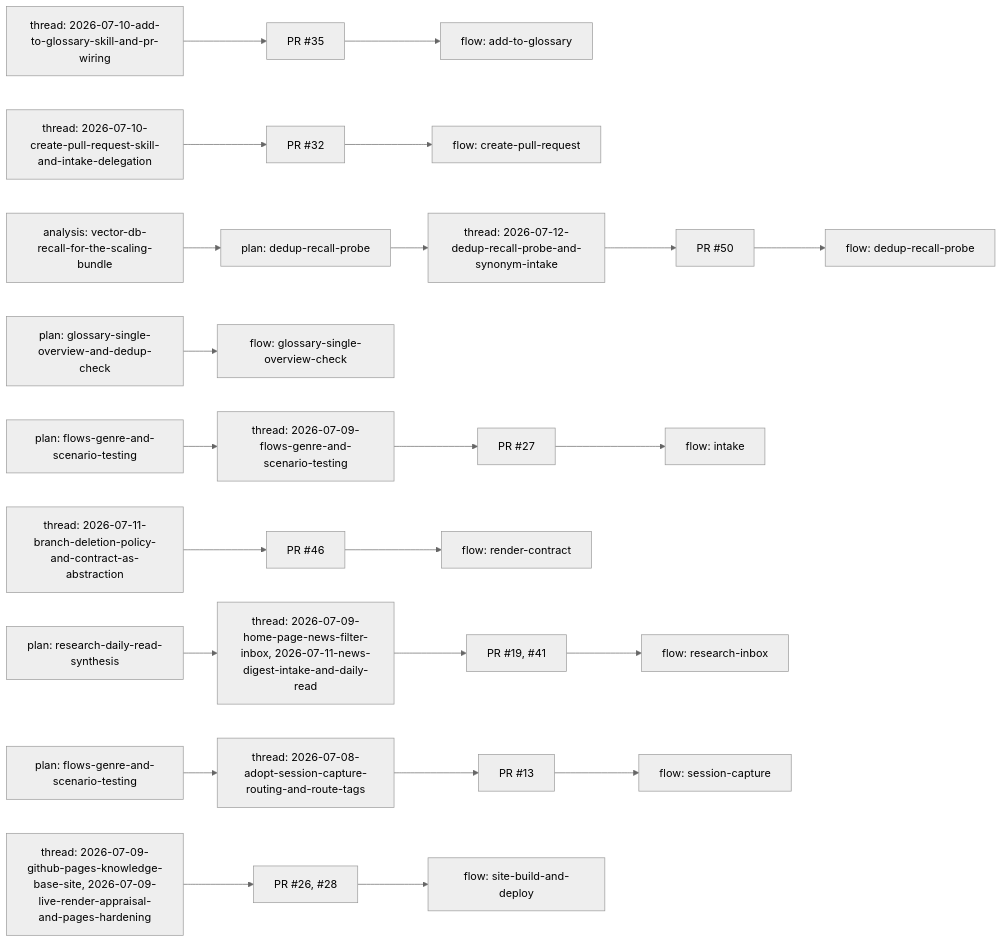
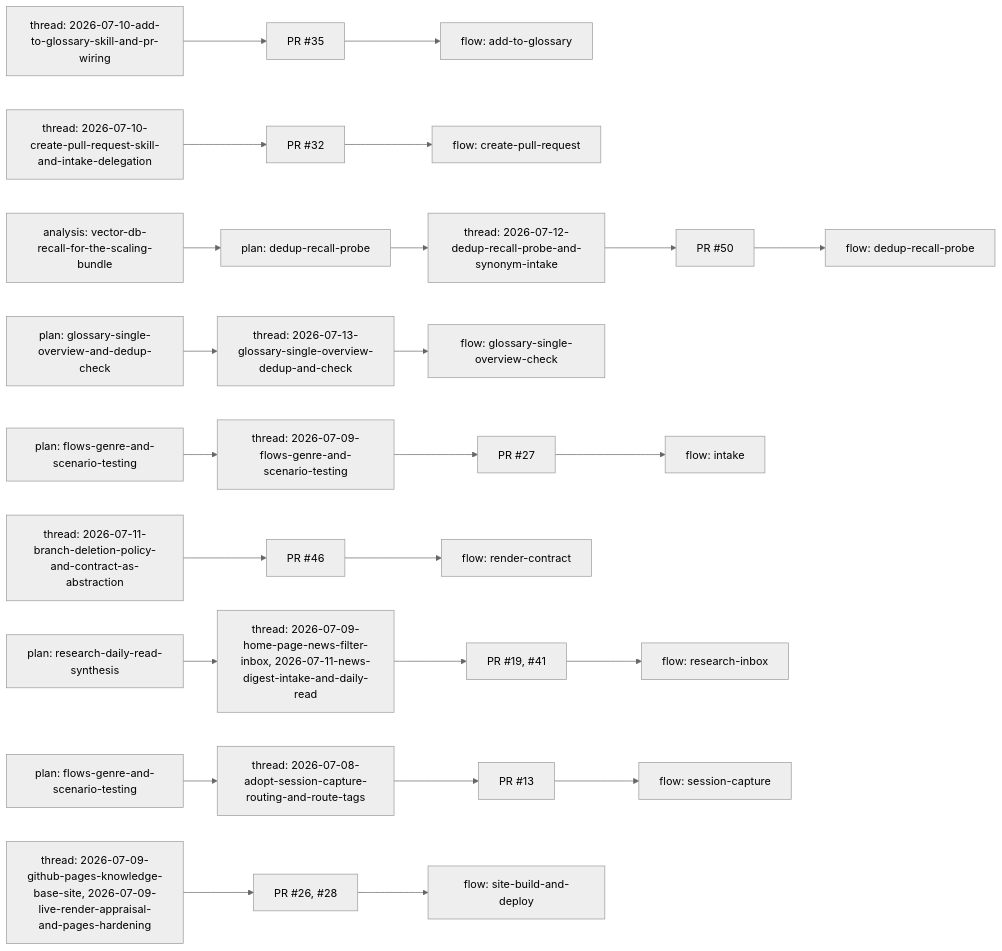
The diagram in meta/flows/lineage.md (ob6to8/second-brain), drawn with Mermaid (neutral theme) before and after one commit. The commit also changed other lines of this file and 12 other files, not shown here.

First line of the commit message:
Capture session: glossary single-overview dedup and check; glossary the thread

````diff
--- a/meta/flows/lineage.md
+++ b/meta/flows/lineage.md
@@ -19,56 +19,58 @@
 ```mermaid
 flowchart LR
   f0t["thread: 2026-07-10-add-to-glossary-skill-and-pr-wiring"]
   f0r["PR #35"]
   f0f["flow: add-to-glossary"]
   f0t --> f0r
   f0r --> f0f
   f1t["thread: 2026-07-10-create-pull-request-skill-and-intake-delegation"]
   f1r["PR #32"]
   f1f["flow: create-pull-request"]
   f1t --> f1r
   f1r --> f1f
   f2a["analysis: vector-db-recall-for-the-scaling-bundle"]
   f2p["plan: dedup-recall-probe"]
   f2t["thread: 2026-07-12-dedup-recall-probe-and-synonym-intake"]
   f2r["PR #50"]
   f2f["flow: dedup-recall-probe"]
   f2a --> f2p
   f2p --> f2t
   f2t --> f2r
   f2r --> f2f
   f3p["plan: glossary-single-overview-and-dedup-check"]
+  f3t["thread: 2026-07-13-glossary-single-overview-dedup-and-check"]
   f3f["flow: glossary-single-overview-check"]
-  f3p --> f3f
+  f3p --> f3t
+  f3t --> f3f
   f4p["plan: flows-genre-and-scenario-testing"]
   f4t["thread: 2026-07-09-flows-genre-and-scenario-testing"]
   f4r["PR #27"]
   f4f["flow: intake"]
   f4p --> f4t
   f4t --> f4r
   f4r --> f4f
   f5t["thread: 2026-07-11-branch-deletion-policy-and-contract-as-abstraction"]
   f5r["PR #46"]
   f5f["flow: render-contract"]
   f5t --> f5r
   f5r --> f5f
   f6p["plan: research-daily-read-synthesis"]
   f6t["thread: 2026-07-09-home-page-news-filter-inbox, 2026-07-11-news-digest-intake-and-daily-read"]
   f6r["PR #19, #41"]
   f6f["flow: research-inbox"]
   f6p --> f6t
   f6t --> f6r
   f6r --> f6f
   f7p["plan: flows-genre-and-scenario-testing"]
   f7t["thread: 2026-07-08-adopt-session-capture-routing-and-route-tags"]
   f7r["PR #13"]
   f7f["flow: session-capture"]
   f7p --> f7t
   f7t --> f7r
   f7r --> f7f
   f8t["thread: 2026-07-09-github-pages-knowledge-base-site, 2026-07-09-live-render-appraisal-and-pages-hardening"]
   f8r["PR #26, #28"]
   f8f["flow: site-build-and-deploy"]
   f8t --> f8r
   f8r --> f8f
 ```
````
